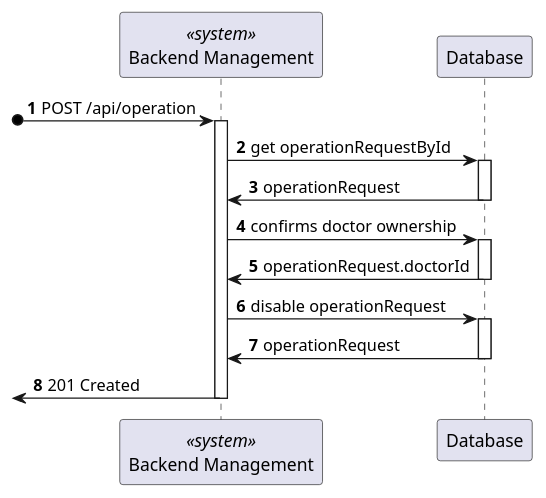
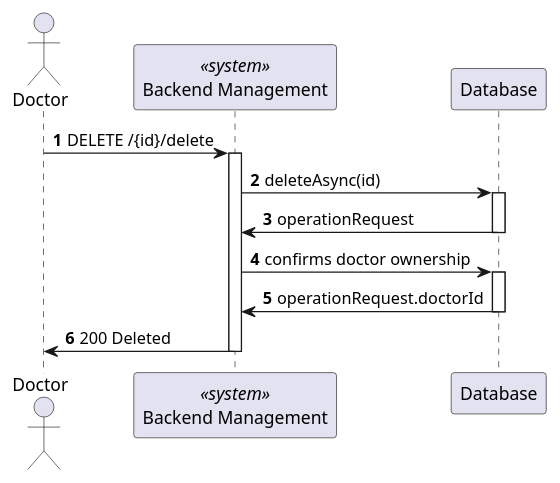
The diagram in docs/OperationRemove/views/level3/process-view1.puml (Lapr5G21/sem5pi-24-25-3ddg21), drawn with PlantUML before and after one commit. The commit also changed 28 other files, not shown here.

```diff
--- a/docs/OperationRemove/views/level3/process-view1.puml
+++ b/docs/OperationRemove/views/level3/process-view1.puml
@@ -1,39 +1,33 @@
 @startuml
 
 autonumber
+Actor Doctor as "Doctor"
 participant BE as "Backend Management" <<system>>
 participant DB as "Database"
 
-?o-> BE : POST /api/operation
+Doctor-> BE : DELETE /{id}/delete
 activate BE
 
-BE -> DB : get operationRequestById
+BE -> DB : deleteAsync(id)
 
 activate DB 
 
 DB -> BE : operationRequest 
 
 deactivate DB 
 
 BE -> DB : confirms doctor ownership
 
 activate DB
 
 DB -> BE : operationRequest.doctorId
 
 deactivate DB
 
-
-BE -> DB : disable operationRequest
-
-activate DB 
-
-DB -> BE : operationRequest 
-
 deactivate DB 
 
-<- BE : 201 Created
+Doctor <- BE : 200 Deleted
 
 deactivate BE
 
 @enduml
```
